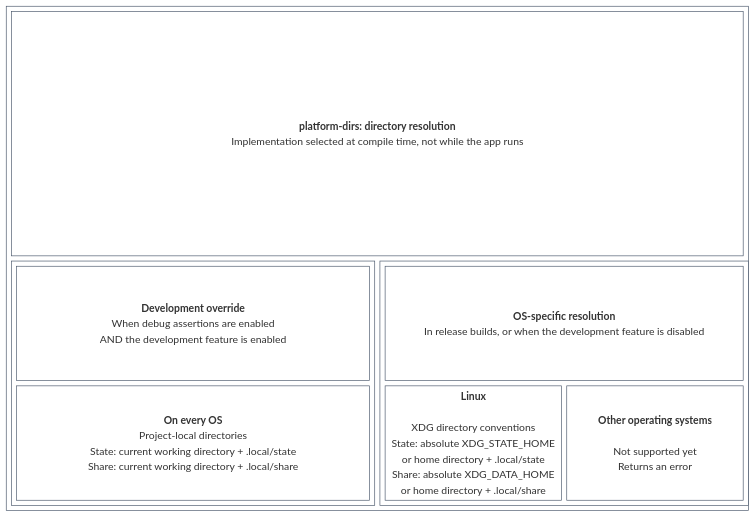
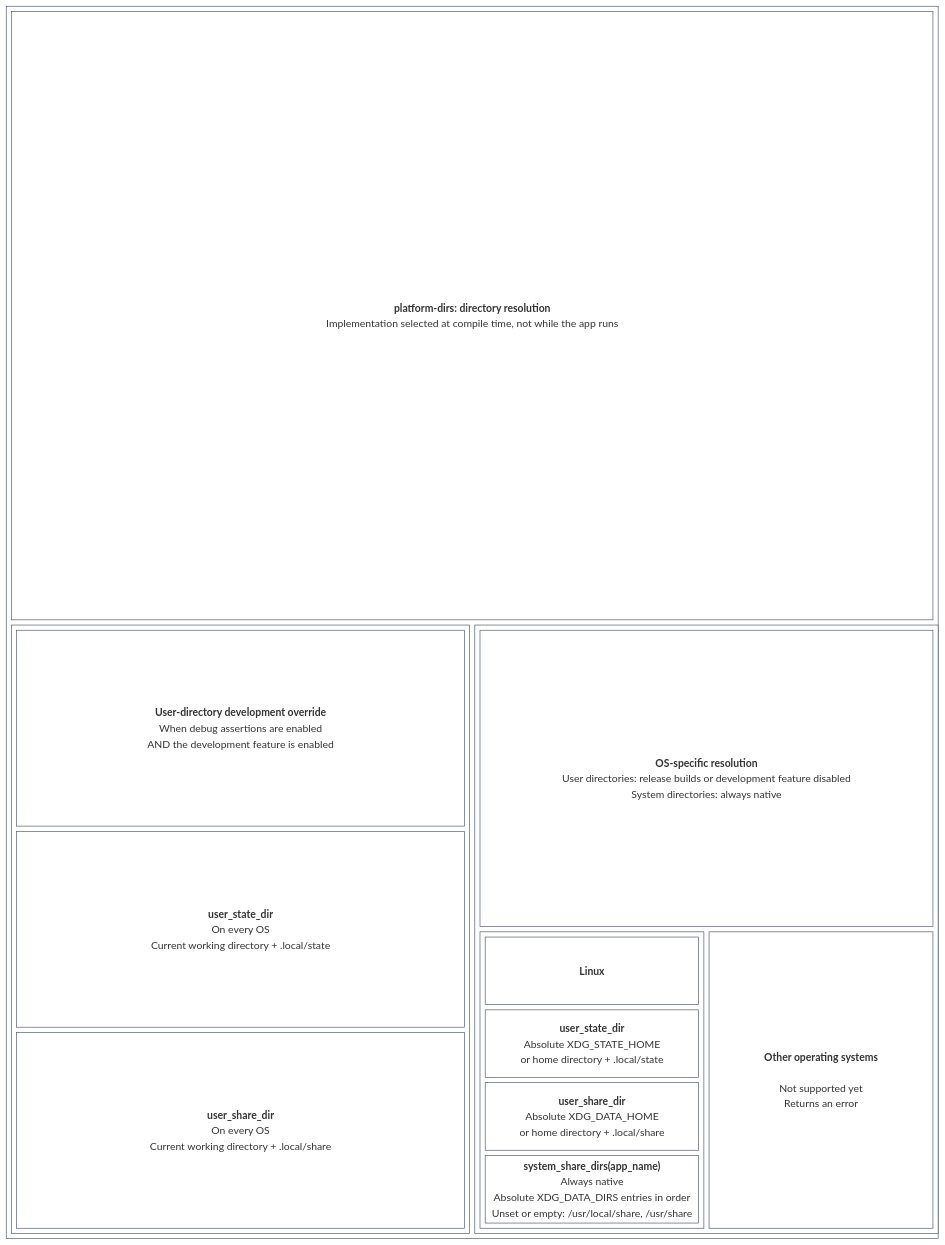
Before and after one commit to chessvaultdotapp/chessvault: the diagram in crates/platform-dirs/docs/architecture.mmd, drawn with Mermaid. The commit also changed 4 other files, not shown here.

Commit message:
[platform-dirs][docs] Document system data resolution and clarify diagrams

```diff
--- a/crates/platform-dirs/docs/architecture.mmd
+++ b/crates/platform-dirs/docs/architecture.mmd
@@ -1,28 +1,40 @@
 block-beta
     columns 1
     block:comptime
         columns 2
         title["<b>platform-dirs: directory resolution</b><br/>Implementation selected at compile time, not while the app runs"]:2
         block:development
             columns 1
-            development_title["<b>Development override</b><br/>When debug assertions are enabled<br/>AND the development feature is enabled"]
-            development_path["<b>On every OS</b><br/>Project-local directories<br/>State: current working directory + .local/state<br/>Share: current working directory + .local/share"]
+            development_title["<b>User-directory development override</b><br/>When debug assertions are enabled<br/>AND the development feature is enabled"]
+            development_state["<b>user_state_dir</b><br/>On every OS<br/>Current working directory + .local/state"]
+            development_share["<b>user_share_dir</b><br/>On every OS<br/>Current working directory + .local/share"]
         end
         block:native
             columns 2
-            native_title["<b>OS-specific resolution</b><br/>In release builds, or when the development feature is disabled"]:2
-            linux["<b>Linux</b><br/><br/>XDG directory conventions<br/>State: absolute XDG_STATE_HOME<br/>or home directory + .local/state<br/>Share: absolute XDG_DATA_HOME<br/>or home directory + .local/share"]
+            native_title["<b>OS-specific resolution</b><br/>User directories: release builds or development feature disabled<br/>System directories: always native"]:2
+            block:linux
+                columns 1
+                linux_title["<b>Linux</b>"]
+                linux_state["<b>user_state_dir</b><br/>Absolute XDG_STATE_HOME<br/>or home directory + .local/state"]
+                linux_share["<b>user_share_dir</b><br/>Absolute XDG_DATA_HOME<br/>or home directory + .local/share"]
+                system["<b>system_share_dirs(app_name)</b><br/>Always native<br/>Absolute XDG_DATA_DIRS entries in order<br/>Unset or empty: /usr/local/share, /usr/share"]
+            end
             other["<b>Other operating systems</b><br/><br/>Not supported yet<br/>Returns an error"]
         end
     end
 
     classDef default fill:#ffffff,stroke:#475569,color:#0f172a
     style title fill:transparent,stroke:none,color:#0f172a
     style development_title fill:transparent,stroke:none,color:#0f172a
     style native_title fill:transparent,stroke:none,color:#0f172a
     style comptime fill:transparent,stroke:#475569,color:#0f172a
     style development fill:transparent,stroke:#475569,color:#0f172a
-    style development_path fill:#dbeafe,stroke:#2563eb,color:#0f172a
+    style development_state fill:#dbeafe,stroke:#2563eb,color:#0f172a
+    style development_share fill:#dbeafe,stroke:#2563eb,color:#0f172a
     style native fill:transparent,stroke:#475569,color:#0f172a
-    style linux fill:#ecfdf5,stroke:#059669,color:#0f172a
+    style linux fill:transparent,stroke:#059669,color:#0f172a
+    style linux_title fill:transparent,stroke:none,color:#0f172a
+    style system fill:#ecfdf5,stroke:#059669,color:#0f172a
+    style linux_state fill:#ecfdf5,stroke:#059669,color:#0f172a
+    style linux_share fill:#ecfdf5,stroke:#059669,color:#0f172a
     style other fill:#fff7ed,stroke:#ea580c,color:#0f172a
```
